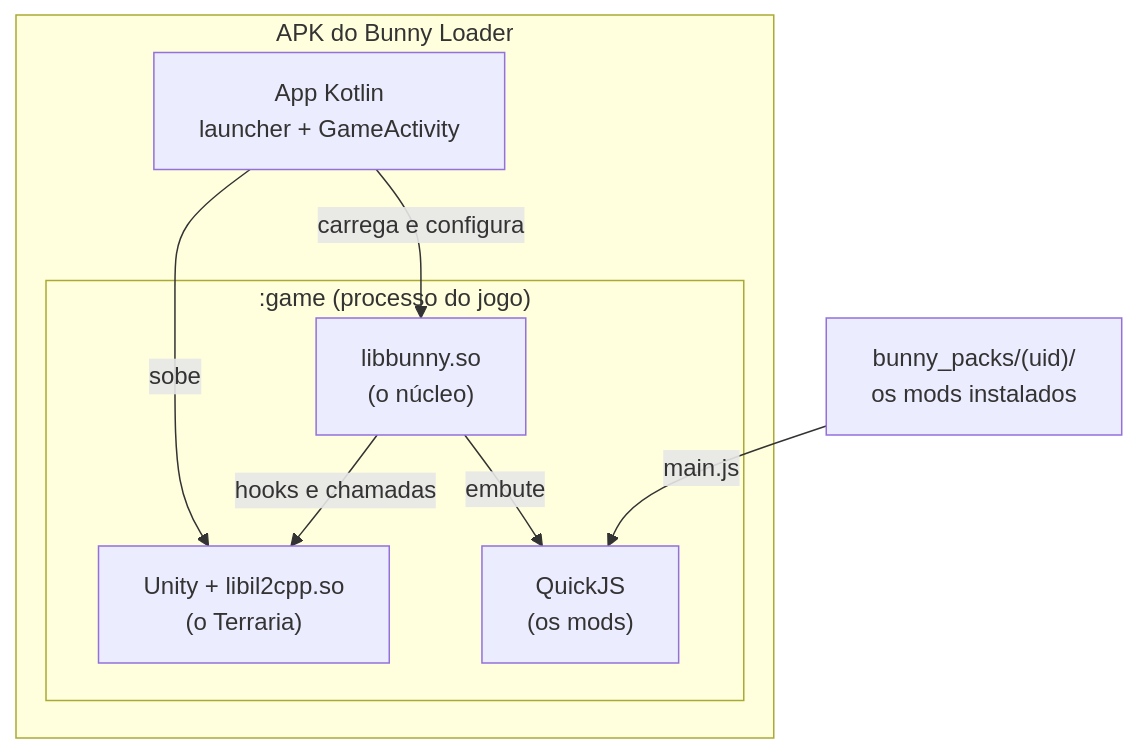
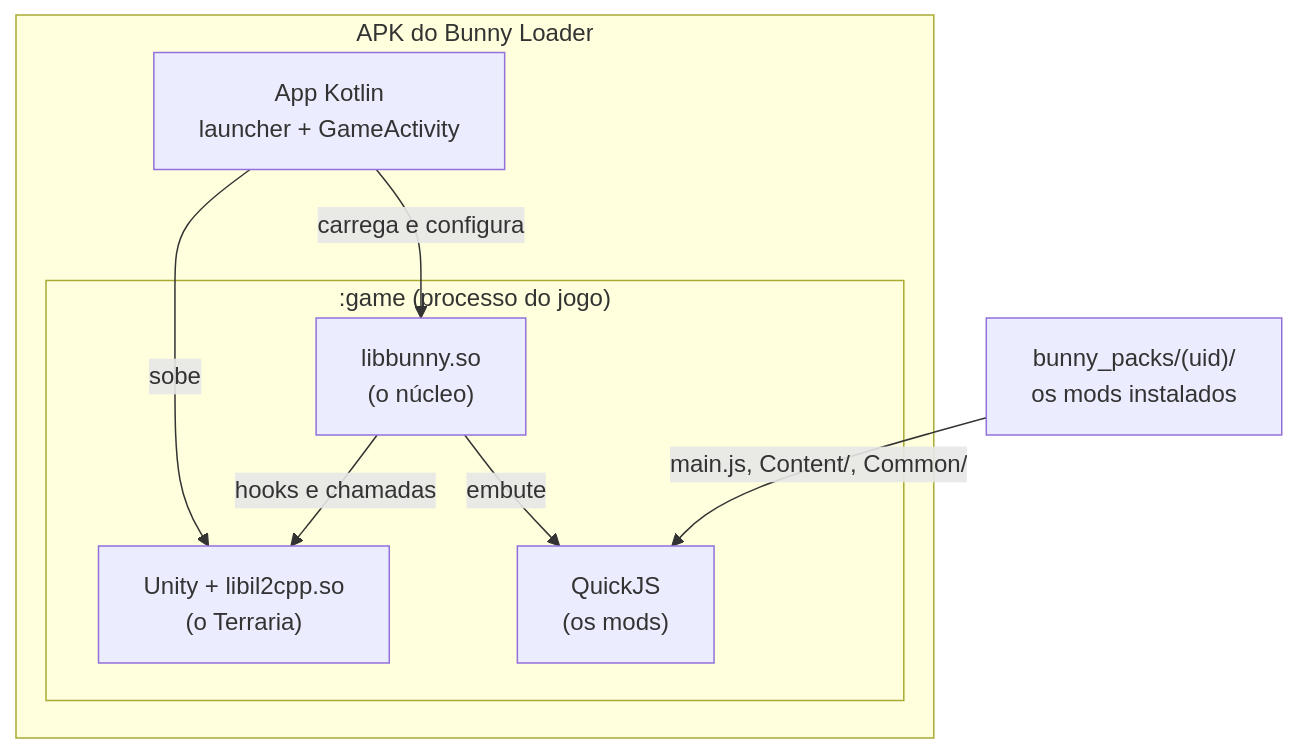
The first of 2 diagrams in docs/nucleo/README.md (JonataOliveiraa/Bunny-Loader), drawn with Mermaid before and after one commit. The commit also changed other lines of this file and 4 other files, not shown here.

````diff
--- a/docs/nucleo/README.md
+++ b/docs/nucleo/README.md
@@ -38,17 +38,17 @@
 ```mermaid
 flowchart TB
     subgraph APK["APK do Bunny Loader"]
         K["App Kotlin<br/>launcher + GameActivity"]
         subgraph P[":game (processo do jogo)"]
             U["Unity + libil2cpp.so<br/>(o Terraria)"]
             B["libbunny.so<br/>(o núcleo)"]
             Q["QuickJS<br/>(os mods)"]
         end
     end
     M["bunny_packs/(uid)/<br/>os mods instalados"]
     K -- "sobe" --> U
     K -- "carrega e configura" --> B
     B -- "hooks e chamadas" --> U
     B -- "embute" --> Q
-    M -- "main.js" --> Q
+    M -- "main.js, Content/, Common/" --> Q
 ```
````
